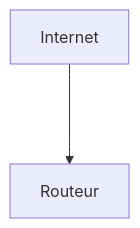
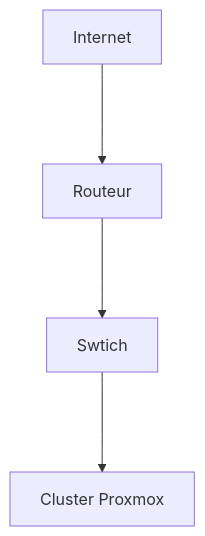
Before and after one commit to snoyy-i/snoyy-i: the diagram in README.md, drawn with Mermaid.

````diff
--- a/README.md
+++ b/README.md
@@ -2,6 +2,10 @@
 ```mermaid
 graph TD
      A[Internet]
      A--->B
      B[Routeur]
+     B--->C
+     C[Swtich]
+     C--->D
+     D[Cluster Proxmox ]
 ```
````
